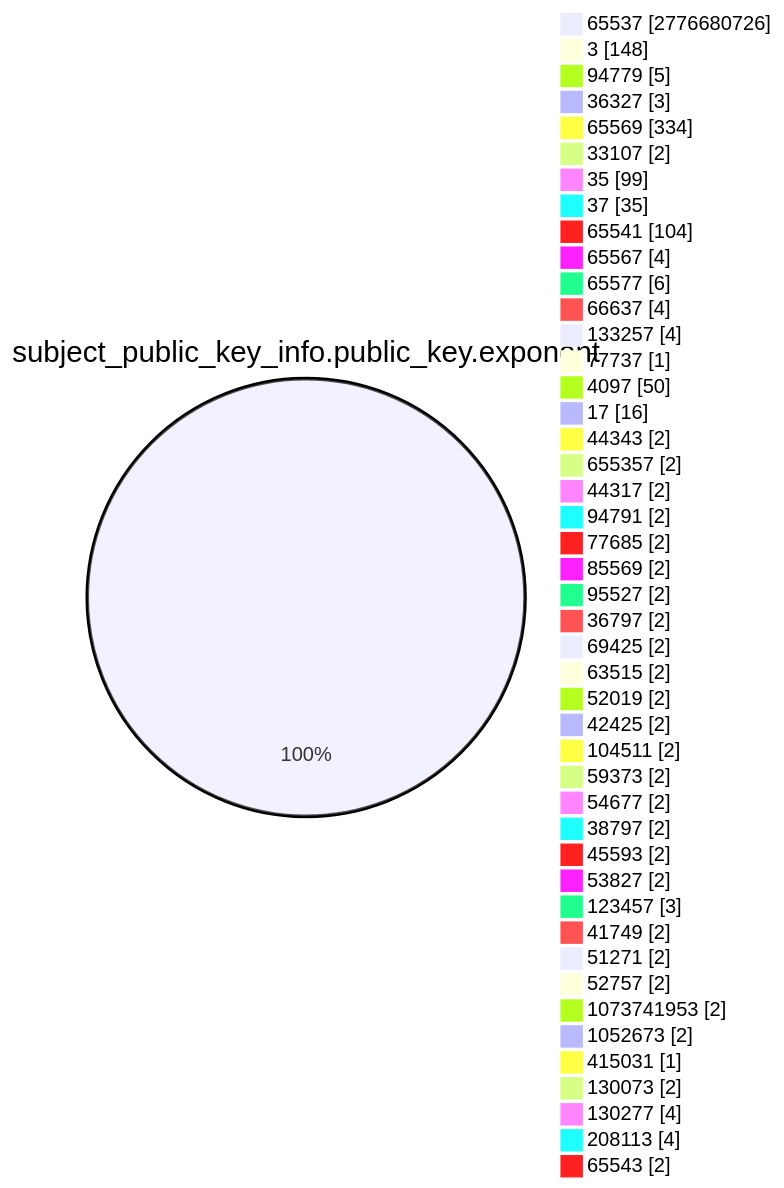
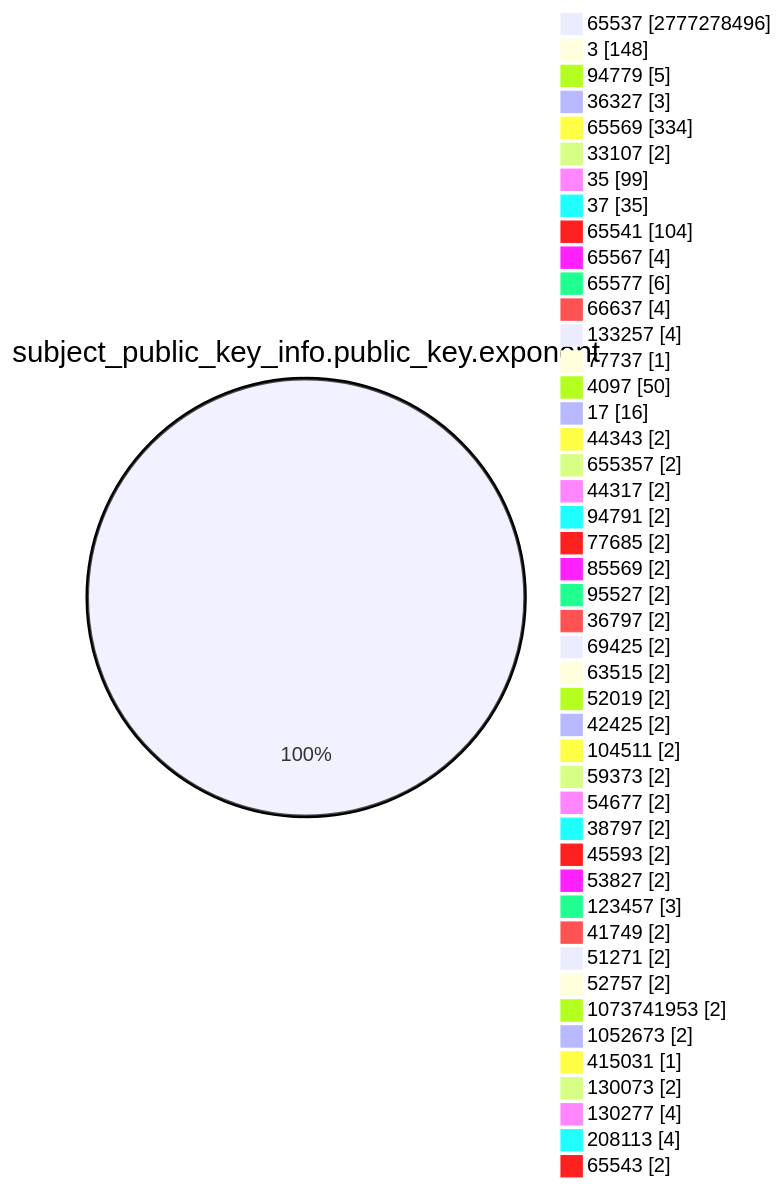
One commit to christiankrug/ctmonitor_visualization changed the fourth of 15 diagrams in TOTAL/README.md. Above: the diagram before and after it, drawn with Mermaid. The commit also changed other lines of this file, not shown here.

````diff
--- a/TOTAL/README.md
+++ b/TOTAL/README.md
@@ -1467,49 +1467,49 @@
 ```mermaid
 pie showData
 title subject_public_key_info.public_key.exponent
-"65537" :2776680726
+"65537" :2777278496
 "3" :148
 "94779" :5
 "36327" :3
 "65569" :334
 "33107" :2
 "35" :99
 "37" :35
 "65541" :104
 "65567" :4
 "65577" :6
 "66637" :4
 "133257" :4
 "77737" :1
 "4097" :50
 "17" :16
 "44343" :2
 "655357" :2
 "44317" :2
 "94791" :2
 "77685" :2
 "85569" :2
 "95527" :2
 "36797" :2
 "69425" :2
 "63515" :2
 "52019" :2
 "42425" :2
 "104511" :2
 "59373" :2
 "54677" :2
 "38797" :2
 "45593" :2
 "53827" :2
 "123457" :3
 "41749" :2
 "51271" :2
 "52757" :2
 "1073741953" :2
 "1052673" :2
 "415031" :1
 "130073" :2
 "130277" :4
 "208113" :4
 "65543" :2
 ```
````
